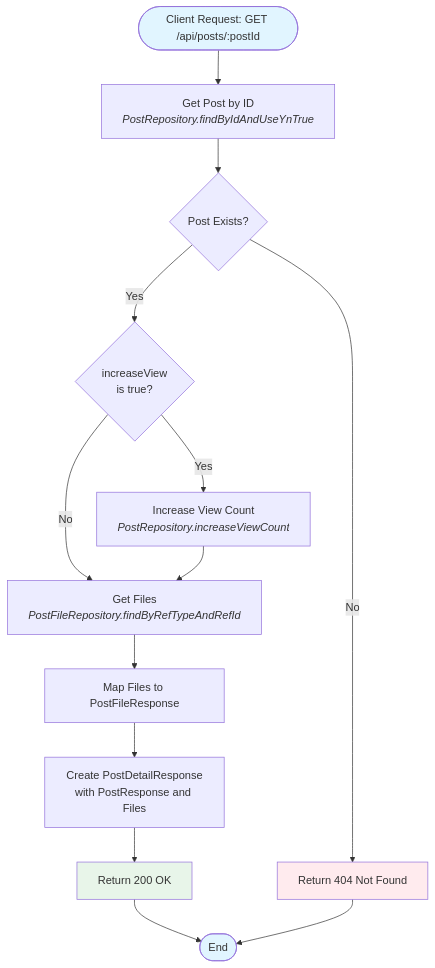
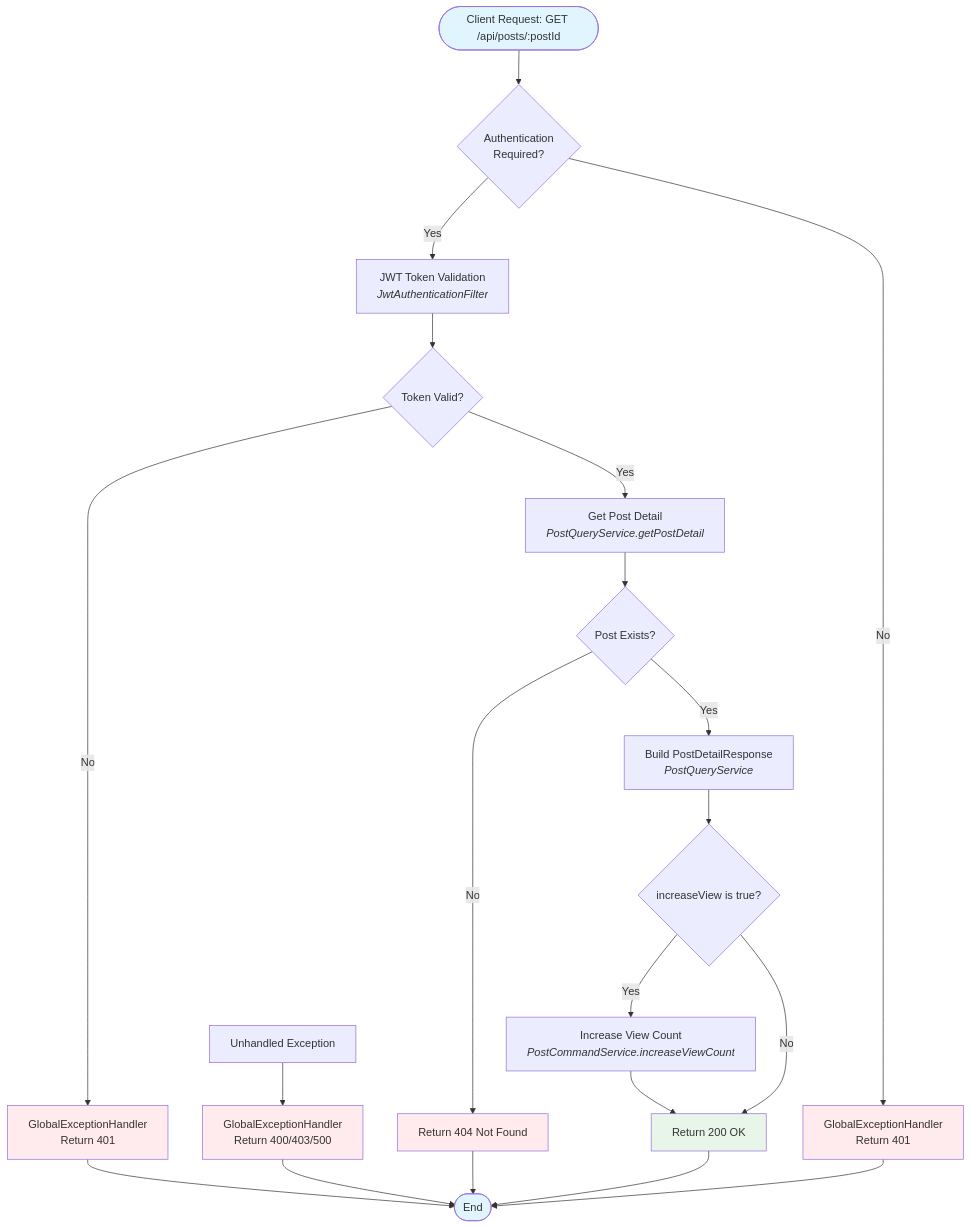
The diagram in doc/post/PostController/getPostDetail-flowchart.md (RKS-t/JungleBook), drawn with Mermaid before and after one commit. The commit also changed 18 other files, not shown here.

First line of the commit message:
docs: update Mermaid charts for CQRS services

````diff
--- a/doc/post/PostController/getPostDetail-flowchart.md
+++ b/doc/post/PostController/getPostDetail-flowchart.md
@@ -3,24 +3,35 @@
 ```mermaid
 flowchart TD
-    Start([Client Request: GET /api/posts/:postId]) --> GetPost[Get Post by ID<br/><i>PostRepository.findByIdAndUseYnTrue</i>]
+    Start([Client Request: GET /api/posts/:postId]) --> AuthCheck{Authentication<br/>Required?}
+    AuthCheck -->|Yes| JWTValidate[JWT Token Validation<br/><i>JwtAuthenticationFilter</i>]
+    AuthCheck -->|No| GlobalExceptionHandler1[GlobalExceptionHandler<br/>Return 401]
+    
+    JWTValidate --> TokenValid{Token Valid?}
+    TokenValid -->|No| GlobalExceptionHandler2[GlobalExceptionHandler<br/>Return 401]
+    TokenValid -->|Yes| GetPost[Get Post Detail<br/><i>PostQueryService.getPostDetail</i>]
     
     GetPost --> PostExists{Post Exists?}
     PostExists -->|No| Return404[Return 404 Not Found]
-    PostExists -->|Yes| CheckIncreaseView{increaseView<br/>is true?}
+    PostExists -->|Yes| BuildResponse[Build PostDetailResponse<br/><i>PostQueryService</i>]
     
-    CheckIncreaseView -->|Yes| IncreaseView[Increase View Count<br/><i>PostRepository.increaseViewCount</i>]
-    CheckIncreaseView -->|No| GetFiles[Get Files<br/><i>PostFileRepository.findByRefTypeAndRefId</i>]
-    IncreaseView --> GetFiles
-    
-    GetFiles --> MapFiles[Map Files to PostFileResponse]
-    MapFiles --> CreateResponse[Create PostDetailResponse<br/>with PostResponse and Files]
-    CreateResponse --> Return200[Return 200 OK]
+    BuildResponse --> CheckIncreaseView{increaseView is true?}
+    CheckIncreaseView -->|Yes| IncreaseView[Increase View Count<br/><i>PostCommandService.increaseViewCount</i>]
+    CheckIncreaseView -->|No| Return200[Return 200 OK]
+    IncreaseView --> Return200
     
     Return200 --> End([End])
     Return404 --> End
+    GlobalExceptionHandler1 --> End
+    GlobalExceptionHandler2 --> End
+    
+    ErrorPath[Unhandled Exception] --> GlobalExceptionHandler3[GlobalExceptionHandler<br/>Return 400/403/500]
+    GlobalExceptionHandler3 --> End
     
     style Start fill:#e1f5ff
     style End fill:#e1f5ff
     style Return200 fill:#e8f5e9
     style Return404 fill:#ffebee
+    style GlobalExceptionHandler1 fill:#ffebee
+    style GlobalExceptionHandler2 fill:#ffebee
+    style GlobalExceptionHandler3 fill:#ffebee
 ```
````
